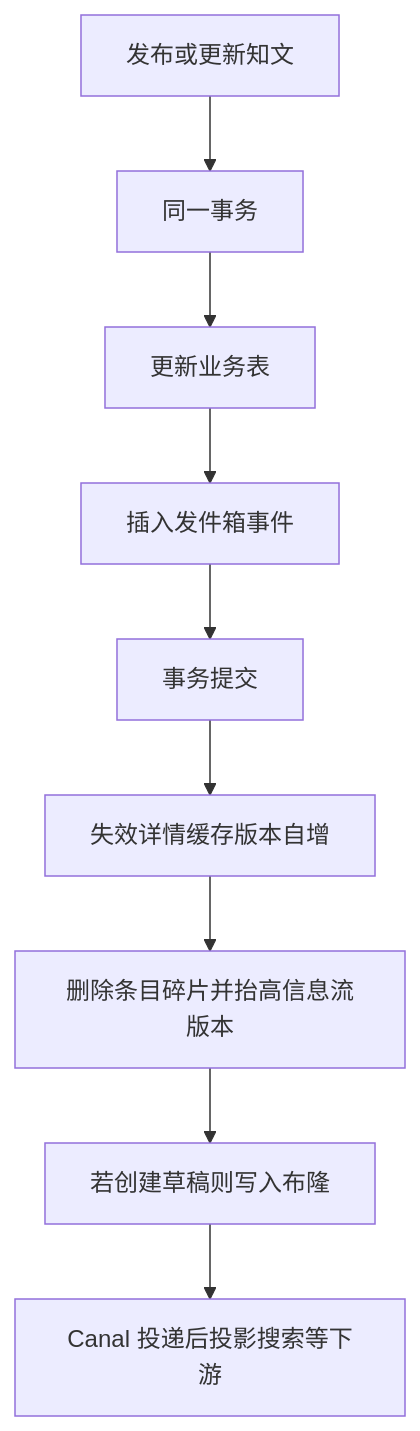
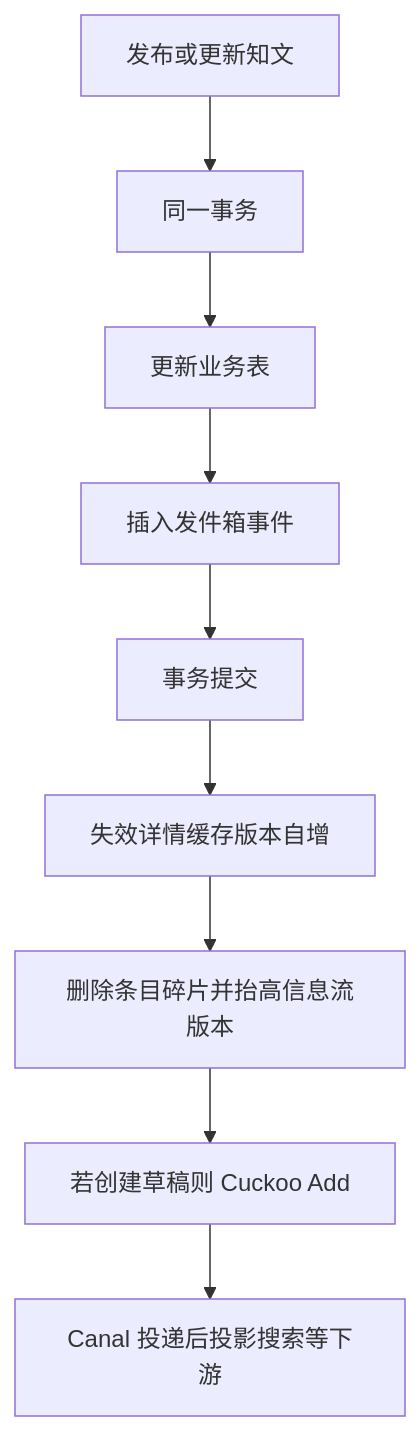
One commit to bitladykiller/zhiguang_go changed the second of 9 diagrams in docs/modules/04-知文内容缓存与Feed模块.md. Above: the diagram before and after it, drawn with Mermaid. The commit also changed other lines of this file and 10 other files, not shown here.

````diff
--- a/docs/modules/04-知文内容缓存与Feed模块.md
+++ b/docs/modules/04-知文内容缓存与Feed模块.md
@@ -545,11 +548,11 @@
 ```mermaid
 flowchart TD
     A[发布或更新知文] --> B[同一事务]
     B --> C[更新业务表]
     C --> D[插入发件箱事件]
     D --> E[事务提交]
     E --> F[失效详情缓存版本自增]
     F --> G[删除条目碎片并抬高信息流版本]
-    G --> H[若创建草稿则写入布隆]
+    G --> H[若创建草稿则 Cuckoo Add]
     H --> I[Canal 投递后投影搜索等下游]
 ```
````
